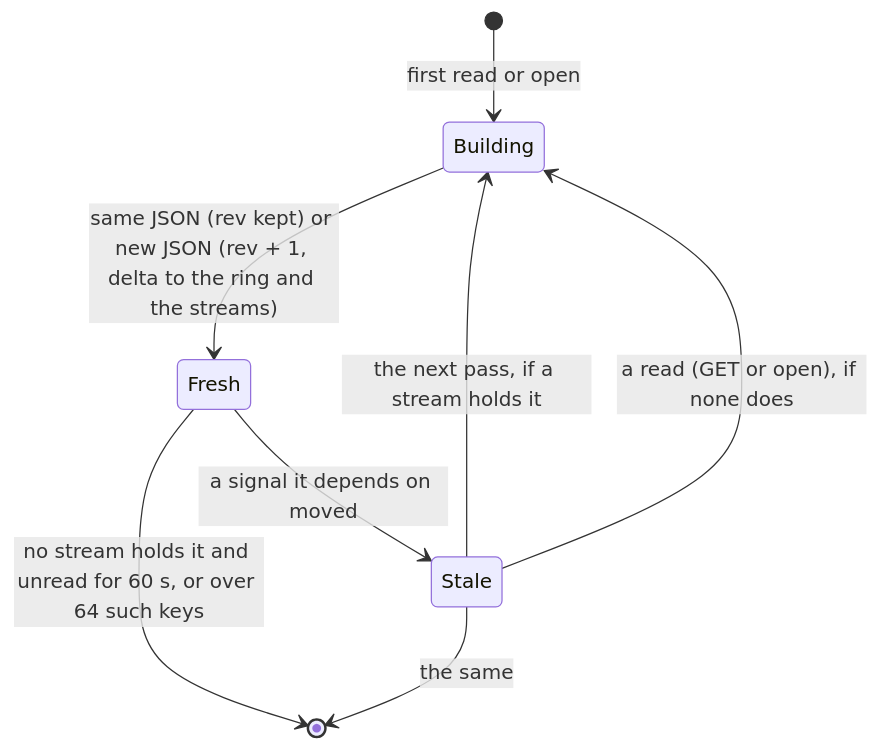
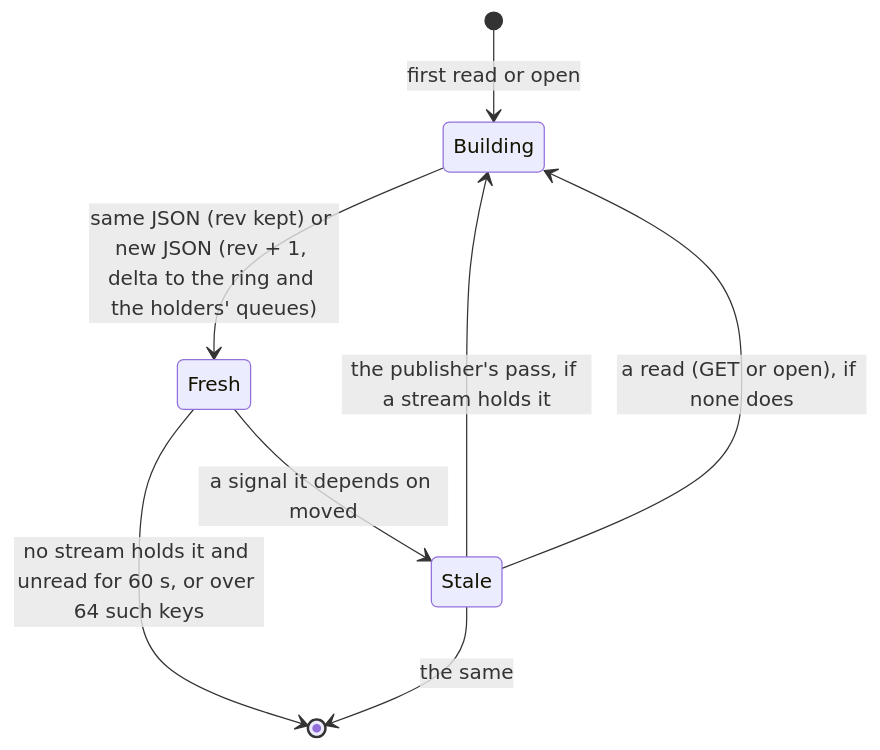
Before and after one commit to jirathip-dev/drover: the first of 5 diagrams in docs/architecture/screen-hub/boundaries.md, drawn with Mermaid. The commit also changed other lines of this file and 5 other files, not shown here.

First line of the commit message:
architecture: screen-hub ADR revised: renderer core crate, row moves, one patch per frame, serve on tokio (#1318)

````diff
--- a/docs/architecture/screen-hub/boundaries.md
+++ b/docs/architecture/screen-hub/boundaries.md
@@ -30,10 +56,10 @@
 ```mermaid
 stateDiagram-v2
     [*] --> Building: first read or open
     Fresh --> Stale: a signal it depends on moved
-    Stale --> Building: the next pass, if a stream holds it
+    Stale --> Building: the publisher's pass, if a stream holds it
     Stale --> Building: a read (GET or open), if none does
-    Building --> Fresh: same JSON (rev kept) or new JSON (rev + 1, delta to the ring and the streams)
+    Building --> Fresh: same JSON (rev kept) or new JSON (rev + 1, delta to the ring and the holders' queues)
     Fresh --> [*]: no stream holds it and unread for 60 s, or over 64 such keys
     Stale --> [*]: the same
 ```
````
